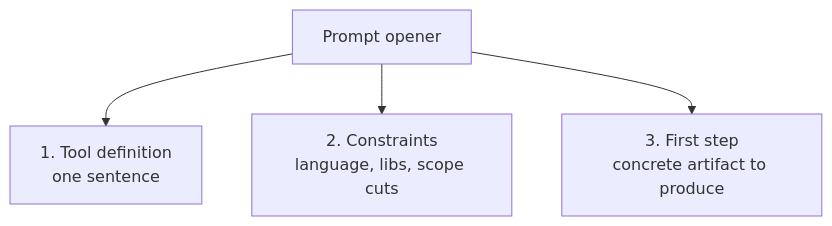
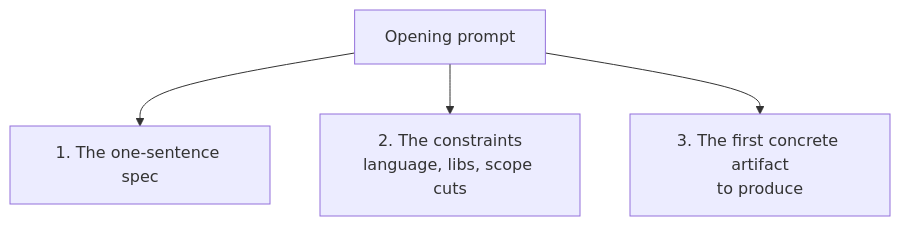
The diagram in src/07-prompt-then-pace.md (cloudstreet-dev/Disposable-Tools), drawn with Mermaid before and after one commit. The commit also changed other lines of this file, not shown here.

Commit message:
Rewrite 07 (prompt-then-pace): Claude Code voice

````diff
--- a/src/07-prompt-then-pace.md
+++ b/src/07-prompt-then-pace.md
@@ -22,7 +20,7 @@
 ```mermaid
 flowchart TD
-    A[Prompt opener]
-    A --> B[1. Tool definition<br>one sentence]
-    A --> C[2. Constraints<br>language, libs, scope cuts]
-    A --> D[3. First step<br>concrete artifact to produce]
+    A[Opening prompt]
+    A --> B[1. The one-sentence spec]
+    A --> C[2. The constraints<br>language, libs, scope cuts]
+    A --> D[3. The first concrete artifact<br>to produce]
 ```
````
